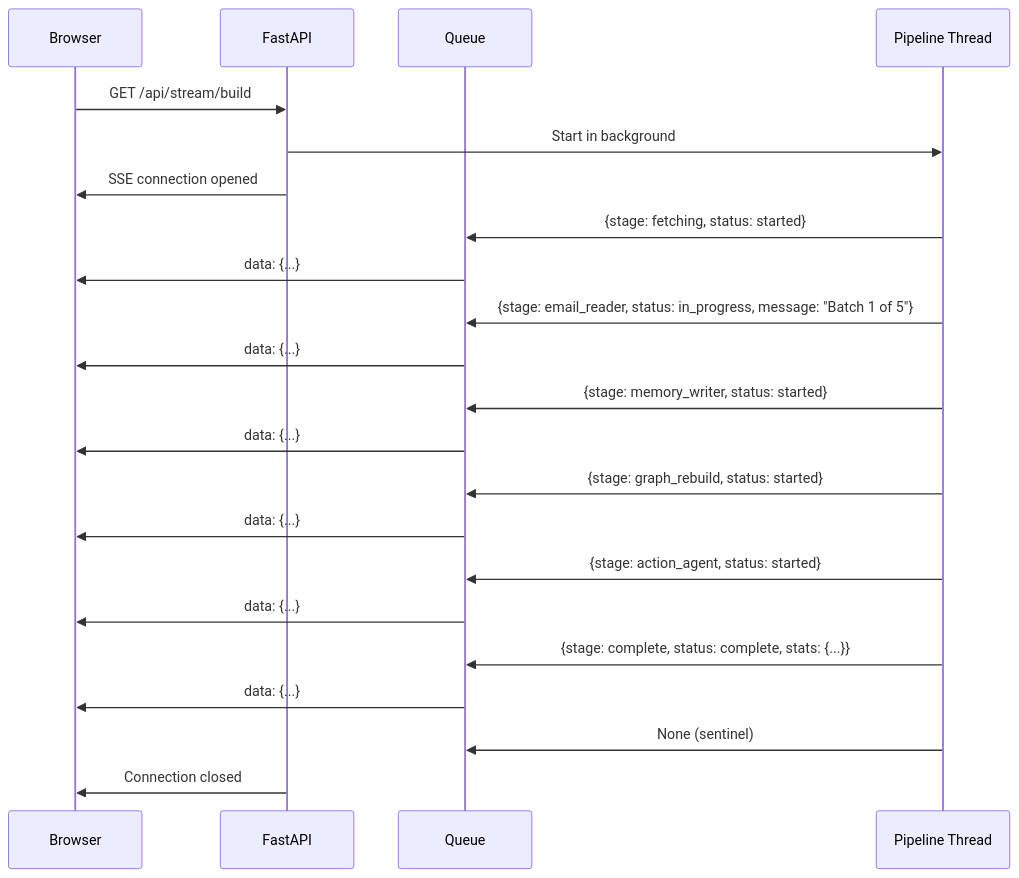
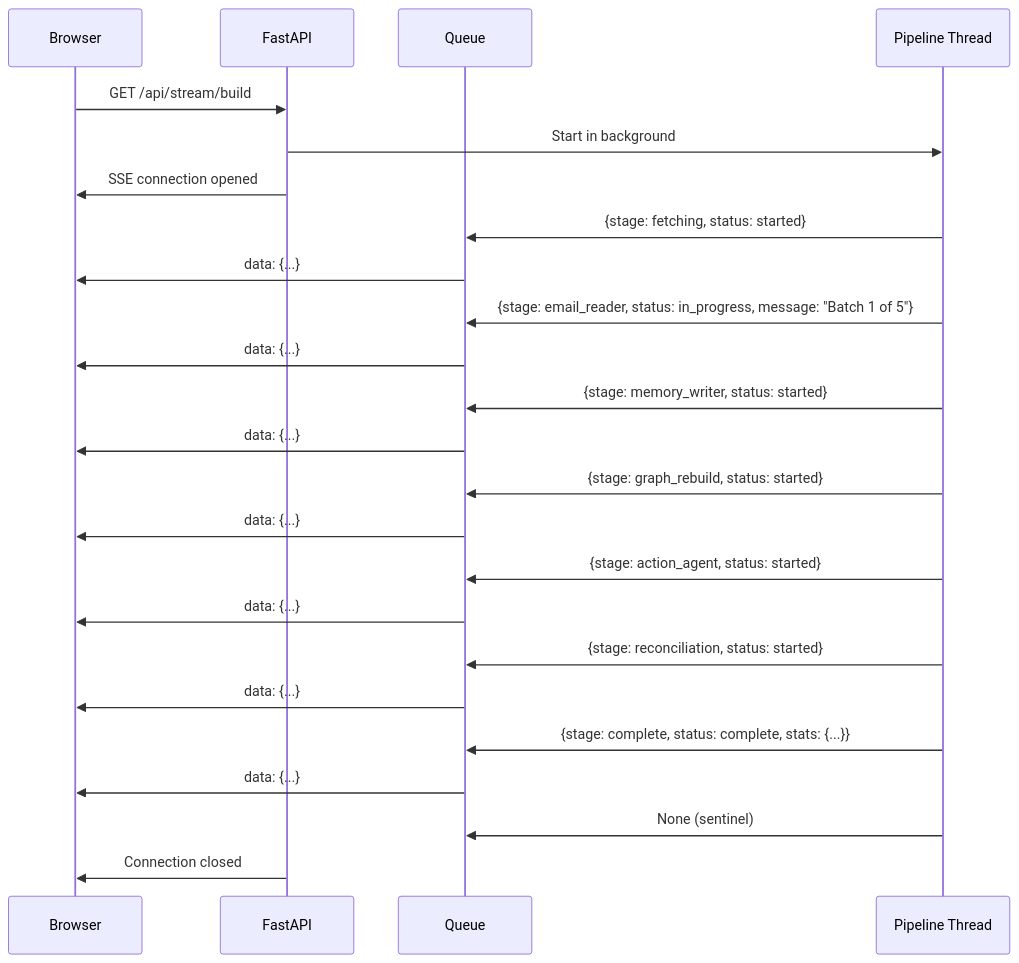
One commit to ifeanyi-okafor/email-memory-agent changed the first of 2 diagrams in docs/event-flow.md. Above: the diagram before and after it, drawn with Mermaid. The commit also changed other lines of this file and 8 other files, not shown here.

First line of the commit message:
docs: update all living docs for ReconciliationAgent and action status feature

````diff
--- a/docs/event-flow.md
+++ b/docs/event-flow.md
@@ -7,32 +7,35 @@
 ```mermaid
 sequenceDiagram
     participant Browser
     participant FastAPI
     participant Queue
     participant Pipeline Thread
 
     Browser->>FastAPI: GET /api/stream/build
     FastAPI->>Pipeline Thread: Start in background
     FastAPI->>Browser: SSE connection opened
 
     Pipeline Thread->>Queue: {stage: fetching, status: started}
     Queue->>Browser: data: {...}
 
     Pipeline Thread->>Queue: {stage: email_reader, status: in_progress, message: "Batch 1 of 5"}
     Queue->>Browser: data: {...}
 
     Pipeline Thread->>Queue: {stage: memory_writer, status: started}
     Queue->>Browser: data: {...}
 
     Pipeline Thread->>Queue: {stage: graph_rebuild, status: started}
     Queue->>Browser: data: {...}
 
     Pipeline Thread->>Queue: {stage: action_agent, status: started}
     Queue->>Browser: data: {...}
 
+    Pipeline Thread->>Queue: {stage: reconciliation, status: started}
+    Queue->>Browser: data: {...}
+
     Pipeline Thread->>Queue: {stage: complete, status: complete, stats: {...}}
     Queue->>Browser: data: {...}
 
     Pipeline Thread->>Queue: None (sentinel)
     FastAPI->>Browser: Connection closed
 ```
````
